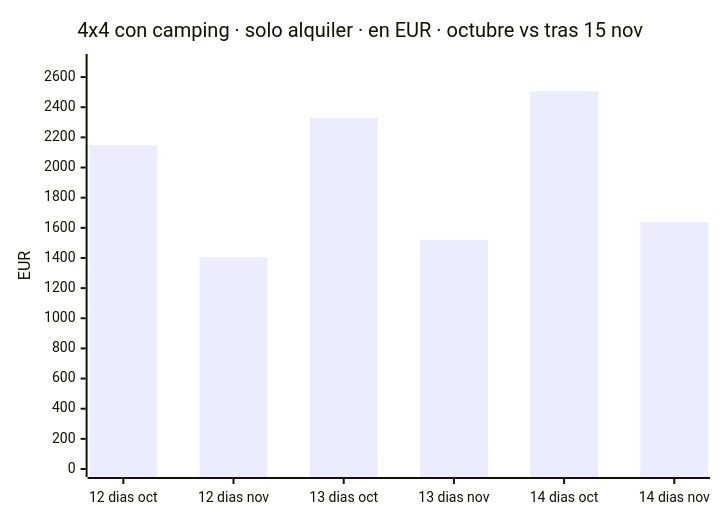
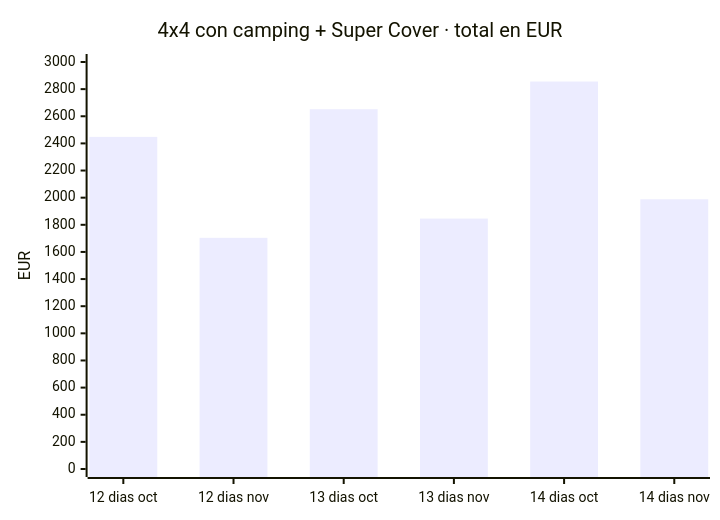
The second of 10 diagrams in README.md (morandeirachema/namibia), drawn with Mermaid before and after one commit. The commit also changed other lines of this file, not shown here.

First line of the commit message:
Rehacer el README con toda la investigacion acumulada

````diff
--- a/README.md
+++ b/README.md
@@ -21,7 +56,7 @@
 ```mermaid
 xychart-beta
-    title "4x4 con camping · solo alquiler · en EUR · octubre vs tras 15 nov"
+    title "4x4 con camping + Super Cover · total en EUR"
     x-axis ["12 dias oct", "12 dias nov", "13 dias oct", "13 dias nov", "14 dias oct", "14 dias nov"]
-    y-axis "EUR" 0 --> 2700
-    bar [2148, 1404, 2327, 1521, 2506, 1638]
+    y-axis "EUR" 0 --> 3000
+    bar [2448, 1704, 2652, 1846, 2856, 1988]
 ```
````
